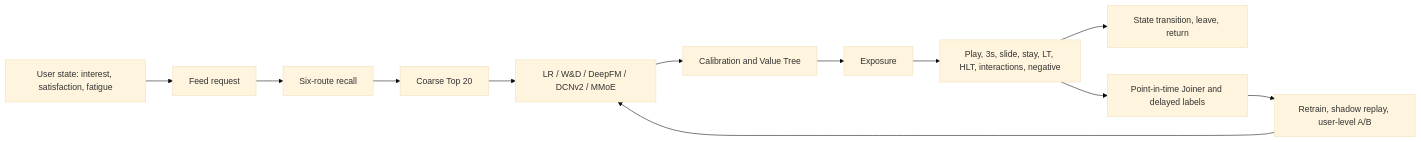
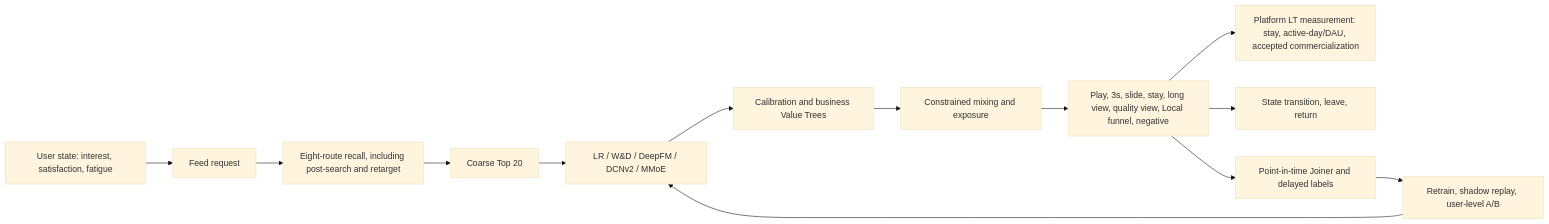
The first of 4 diagrams in README.md (kleon1024/recsys-fid-system), drawn with Mermaid (base theme) before and after one commit. The commit also changed other lines of this file and 95 other files, not shown here.

````diff
--- a/README.md
+++ b/README.md
@@ -13,14 +17,15 @@
 ```mermaid
 flowchart LR
     U["User state: interest, satisfaction, fatigue"] --> Q["Feed request"]
-    Q --> R["Six-route recall"]
+    Q --> R["Eight-route recall, including post-search and retarget"]
     R --> C["Coarse Top 20"]
     C --> F["LR / W&D / DeepFM / DCNv2 / MMoE"]
-    F --> V["Calibration and Value Tree"]
-    V --> E["Exposure"]
-    E --> A["Play, 3s, slide, stay, LT, HLT, interactions, negative"]
+    F --> V["Calibration and business Value Trees"]
+    V --> E["Constrained mixing and exposure"]
+    E --> A["Play, 3s, slide, stay, long view, quality view, Local funnel, negative"]
+    A --> LT["Platform LT measurement: stay, active-day/DAU, accepted commercialization"]
     A --> S["State transition, leave, return"]
     A --> J["Point-in-time Joiner and delayed labels"]
     J --> T["Retrain, shadow replay, user-level A/B"]
     T --> F
 ```
````
